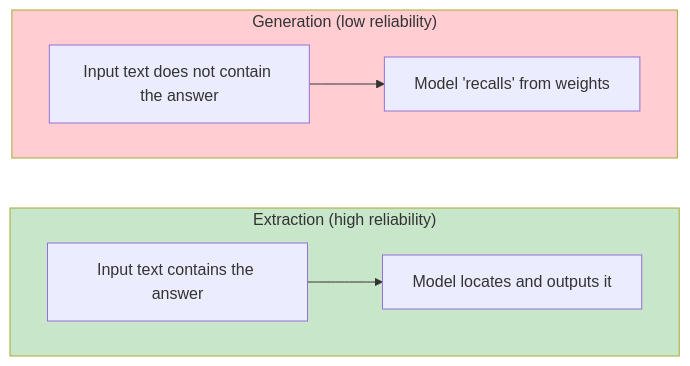
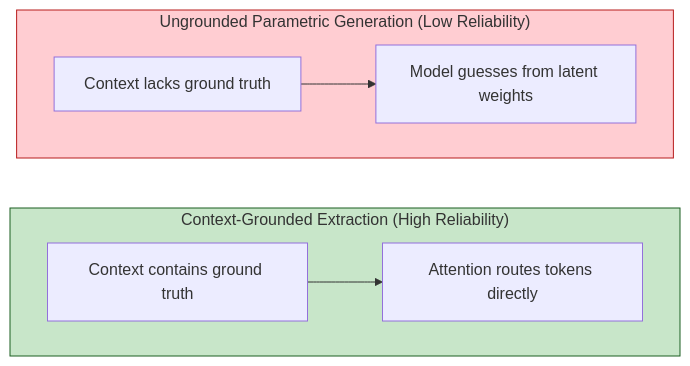
One commit to yingwang/thinking-in-llm changed the second of 5 diagrams in en/chapters/05-strengths.md. Above: the diagram before and after it, drawn with Mermaid. The commit also changed other lines of this file and 31 other files, not shown here.

````diff
--- a/en/chapters/05-strengths.md
+++ b/en/chapters/05-strengths.md
@@ -191,14 +196,14 @@
 ```mermaid
 graph LR
-    subgraph extraction["Extraction (high reliability)"]
+    subgraph extraction["Context-Grounded Extraction (High Reliability)"]
         direction LR
-        I1["Input text contains the answer"] --> O1["Model locates and outputs it"]
+        I1["Context contains ground truth"] --> O1["Attention routes tokens directly"]
     end
-    subgraph generation["Generation (low reliability)"]
+    subgraph generation["Ungrounded Parametric Generation (Low Reliability)"]
         direction LR
-        I2["Input text does not contain the answer"] --> O2["Model 'recalls' from weights"]
+        I2["Context lacks ground truth"] --> O2["Model guesses from latent weights"]
     end
 
-    style extraction fill:#c8e6c9
-    style generation fill:#ffcdd2
+    style extraction fill:#c8e6c9,stroke:#1b5e20
+    style generation fill:#ffcdd2,stroke:#b71c1c
 ```
````
